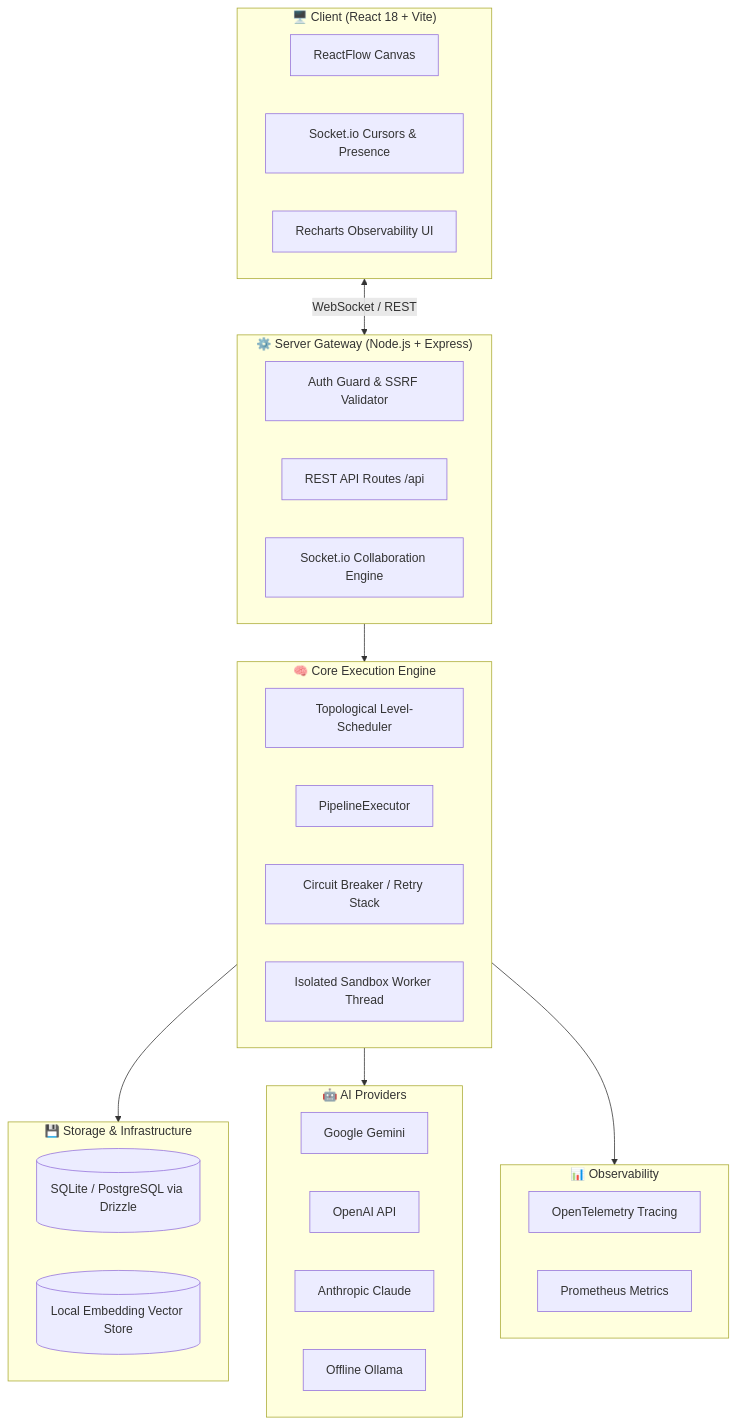
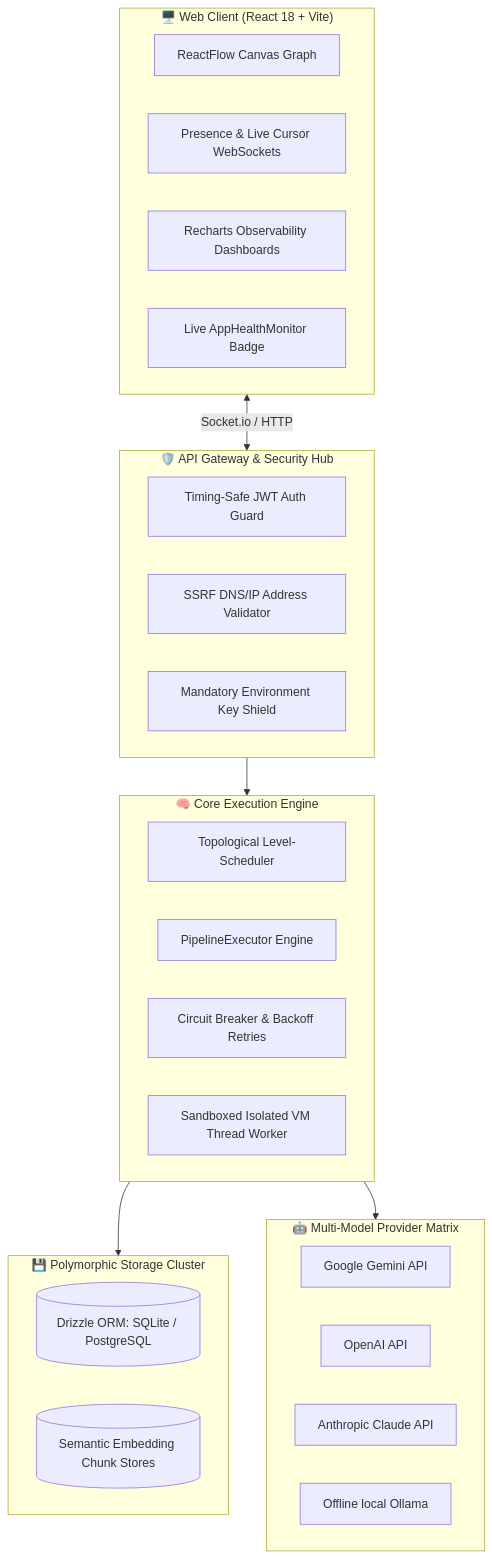
Before and after one commit to ppiiyo/AgentForge44: the diagram in README.md, drawn with Mermaid. The commit also changed other lines of this file and 7 other files, not shown here.

````diff
--- a/README.md
+++ b/README.md
@@ -101,44 +119,39 @@
 ```mermaid
 flowchart TD
-    subgraph Client ["🖥️ Client (React 18 + Vite)"]
-        Canvas[ReactFlow Canvas]
-        Presence[Socket.io Cursors & Presence]
-        Dashboard[Recharts Observability UI]
+    subgraph Client ["🖥️ Web Client (React 18 + Vite)"]
+        Canvas[ReactFlow Canvas Graph]
+        Presence[Presence & Live Cursor WebSockets]
+        Observability[Recharts Observability Dashboards]
+        Health[Live AppHealthMonitor Badge]
     end
 
-    subgraph API ["⚙️ Server Gateway (Node.js + Express)"]
-        Guard[Auth Guard & SSRF Validator]
-        Router[REST API Routes /api]
-        SocketServer[Socket.io Collaboration Engine]
+    subgraph Gateway ["🛡️ API Gateway & Security Hub"]
+        Auth[Timing-Safe JWT Auth Guard]
+        SSRF[SSRF DNS/IP Address Validator]
+        Shield[Mandatory Environment Key Shield]
     end
 
-    subgraph Core ["🧠 Core Execution Engine"]
+    subgraph Engine ["🧠 Core Execution Engine"]
         Scheduler[Topological Level-Scheduler]
-        Exec[PipelineExecutor]
-        Resilience[Circuit Breaker / Retry Stack]
-        Sandbox[Isolated Sandbox Worker Thread]
+        Exec[PipelineExecutor Engine]
+        Retry[Circuit Breaker & Backoff Retries]
+        Sandbox[Sandboxed Isolated VM Thread Worker]
     end
 
-    subgraph Storage ["💾 Storage & Infrastructure"]
-        DB[(SQLite / PostgreSQL via Drizzle)]
-        RAG[(Local Embedding Vector Store)]
+    subgraph Storage ["💾 Polymorphic Storage Cluster"]
+        DB[(Drizzle ORM: SQLite / PostgreSQL)]
+        RAG[(Semantic Embedding Chunk Stores)]
     end
 
-    subgraph LLM ["🤖 AI Providers"]
-        GeminiSDK[Google Gemini]
+    subgraph Providers ["🤖 Multi-Model Provider Matrix"]
+        GeminiSDK[Google Gemini API]
         OpenAISDK[OpenAI API]
-        ClaudeSDK[Anthropic Claude]
-        OllamaLocal[Offline Ollama]
+        ClaudeSDK[Anthropic Claude API]
+        OllamaLocal[Offline local Ollama]
     end
 
-    subgraph Observability ["📊 Observability"]
-        OTel[OpenTelemetry Tracing]
-        Prom[Prometheus Metrics]
-    end
-
-    Client <-->|WebSocket / REST| API
-    API --> Core
-    Core --> Storage
-    Core --> LLM
-    Core --> Observability
+    Client <-->|Socket.io / HTTP| Gateway
+    Gateway --> Engine
+    Engine --> Storage
+    Engine --> Providers
 ```
````
